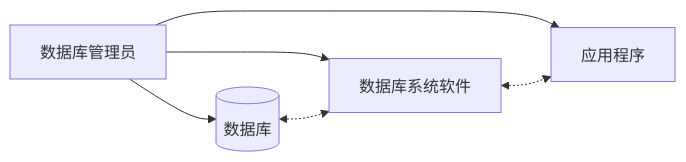
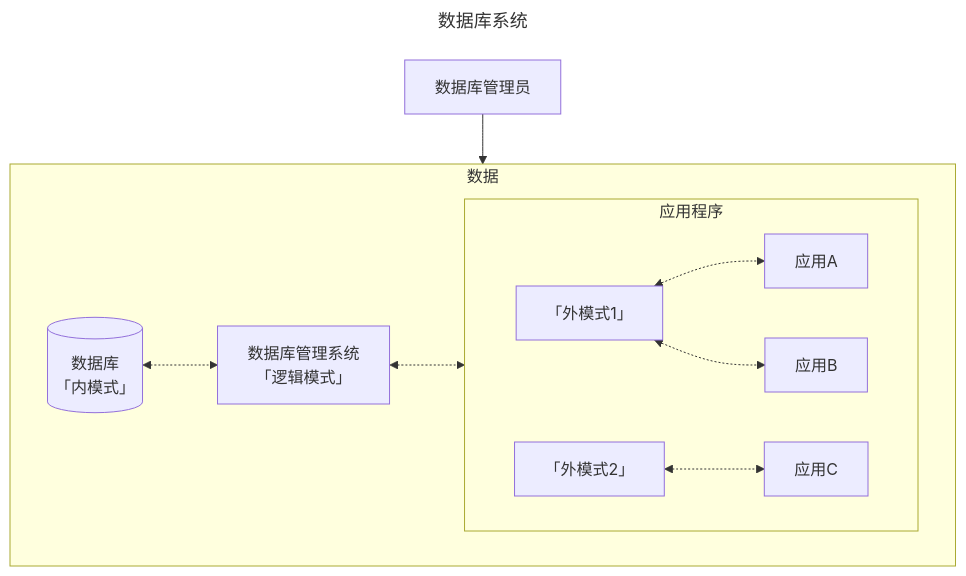
Before and after one commit to Explorer-Dong/explorer-dong.github.io: the diagram in source/_posts/GPA/5th-term/DataBase.md, drawn with Mermaid. The commit also changed other lines of this file and 4 other files, not shown here.

````diff
--- a/source/_posts/GPA/5th-term/DataBase.md
+++ b/source/_posts/GPA/5th-term/DataBase.md
@@ -52,14 +52,22 @@
 ```mermaid
-graph LR
+---
+title: 数据库系统
+---
+graph TB
     DBM[数据库管理员]
-    DB[(数据库)]
-    DBMS[数据库系统软件]
-    DBA[应用程序]
-    
-    DBM --> DB
-    DBM --> DBMS
-    DBM --> DBA
-    
+    subgraph 数据
+    DB[(数据库\n「内模式」)]
+    DBMS[数据库管理系统\n「逻辑模式」]
+    subgraph DBAP[应用程序]
+    direction LR
+    out_model1[「外模式1」]
+    out_model2[「外模式2」]
+    out_model1 <-.-> 应用A
+    out_model1 <-.-> 应用B
+    out_model2 <-.-> 应用C
+    end
+    end
+    DBM --> 数据
     DB <-.-> DBMS
-    DBMS <-.-> DBA
+    DBMS <-.-> DBAP
 ```
````
